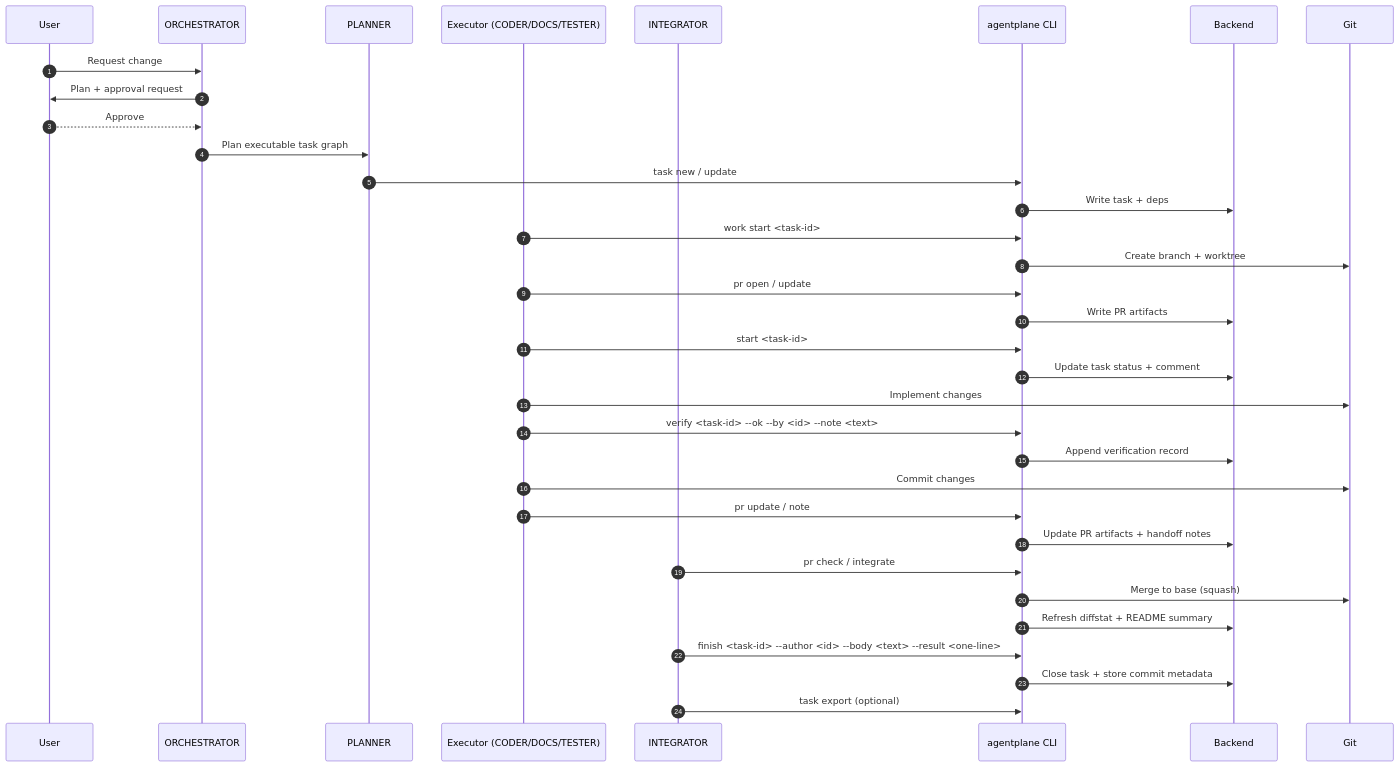
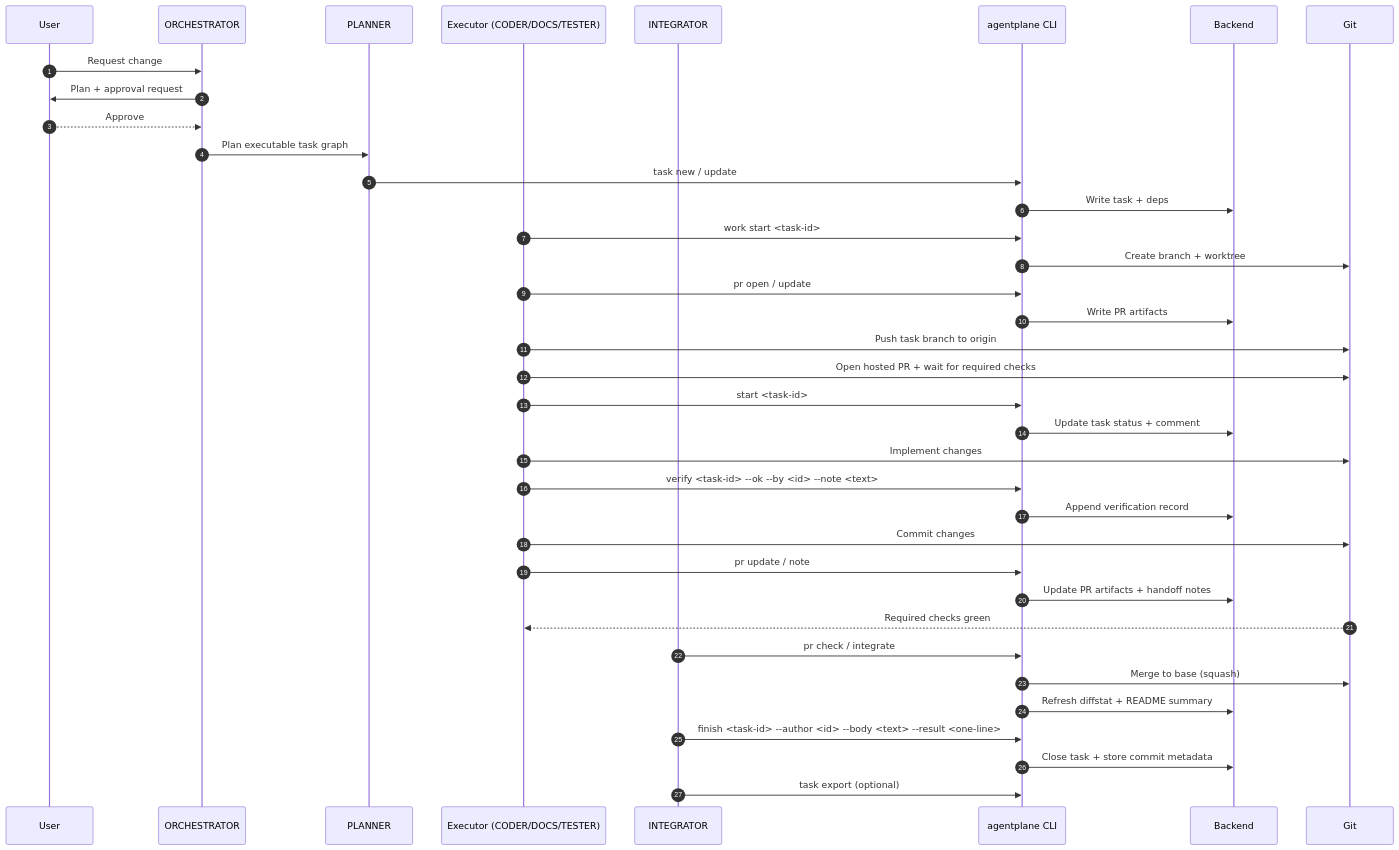
The third of 3 diagrams in docs/user/task-lifecycle.mdx (basilisk-labs/agentplane), drawn with Mermaid before and after one commit. The commit also changed other lines of this file and 8 other files, not shown here.

````diff
--- a/docs/user/task-lifecycle.mdx
+++ b/docs/user/task-lifecycle.mdx
@@ -148,37 +153,40 @@
 ```mermaid
 sequenceDiagram
   autonumber
   participant U as User
   participant O as ORCHESTRATOR
   participant P as PLANNER
   participant E as Executor (CODER/DOCS/TESTER)
   participant I as INTEGRATOR
   participant CLI as agentplane CLI
   participant B as Backend
   participant G as Git
 
   U->>O: Request change
   O->>U: Plan + approval request
   U-->>O: Approve
   O->>P: Plan executable task graph
   P->>CLI: task new / update
   CLI->>B: Write task + deps
   E->>CLI: work start <task-id>
   CLI->>G: Create branch + worktree
   E->>CLI: pr open / update
   CLI->>B: Write PR artifacts
+  E->>G: Push task branch to origin
+  E->>G: Open hosted PR + wait for required checks
   E->>CLI: start <task-id>
   CLI->>B: Update task status + comment
   E->>G: Implement changes
   E->>CLI: verify <task-id> --ok --by <id> --note <text>
   CLI->>B: Append verification record
   E->>G: Commit changes
   E->>CLI: pr update / note
   CLI->>B: Update PR artifacts + handoff notes
+  G-->>E: Required checks green
   I->>CLI: pr check / integrate
   CLI->>G: Merge to base (squash)
   CLI->>B: Refresh diffstat + README summary
   I->>CLI: finish <task-id> --author <id> --body <text> --result <one-line>
   CLI->>B: Close task + store commit metadata
   I->>CLI: task export (optional)
 ```
````
